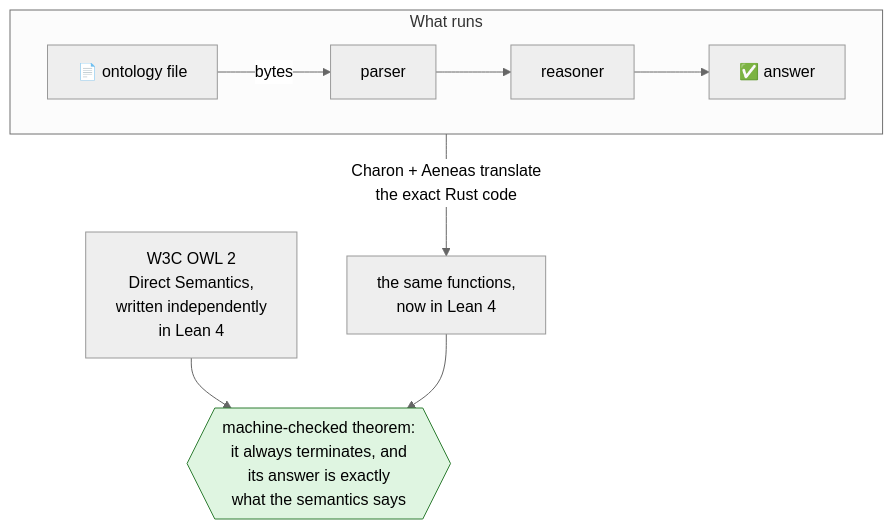
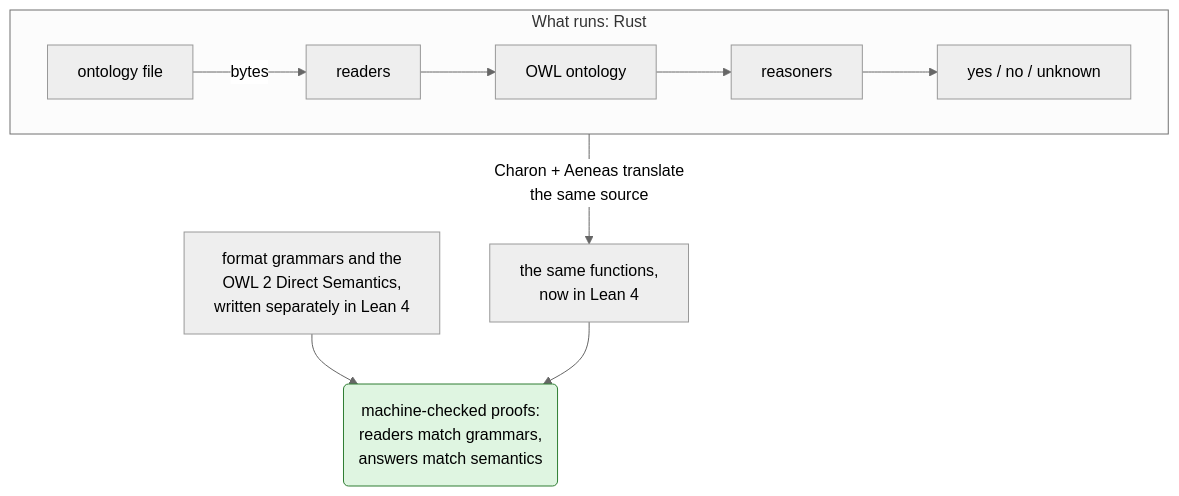
The diagram in README.md (LckyLke/ROWL), drawn with Mermaid (neutral theme) before and after one commit. The commit also changed other lines of this file, not shown here.

First line of the commit message:
Rewrite the README around what is proved and what is not

````diff
--- a/README.md
+++ b/README.md
@@ -38,11 +370,11 @@
 ```mermaid
 flowchart TB
-    subgraph runs ["What runs"]
+    subgraph runs ["What runs: Rust"]
         direction LR
-        F["📄 ontology file"] -->|bytes| P["parser"] --> R["reasoner"] --> A["✅ answer"]
+        F["ontology file"] -->|bytes| R["readers"] --> O["OWL ontology"] --> Q["reasoners"] --> A["yes / no / unknown"]
     end
-    runs -->|"Charon + Aeneas translate<br/>the exact Rust code"| L["the same functions,<br/>now in Lean 4"]
-    W["W3C OWL 2<br/>Direct Semantics,<br/>written independently<br/>in Lean 4"] --> T
-    L --> T{{"machine-checked theorem:<br/>it always terminates, and<br/>its answer is exactly<br/>what the semantics says"}}
+    runs -->|"Charon + Aeneas translate<br/>the same source"| L["the same functions,<br/>now in Lean 4"]
+    S["format grammars and the<br/>OWL 2 Direct Semantics,<br/>written separately in Lean 4"] --> T
+    L --> T("machine-checked proofs:<br/>readers match grammars,<br/>answers match semantics")
     style T fill:#dff5e1,stroke:#2e7d32,color:#000
 ```
````
